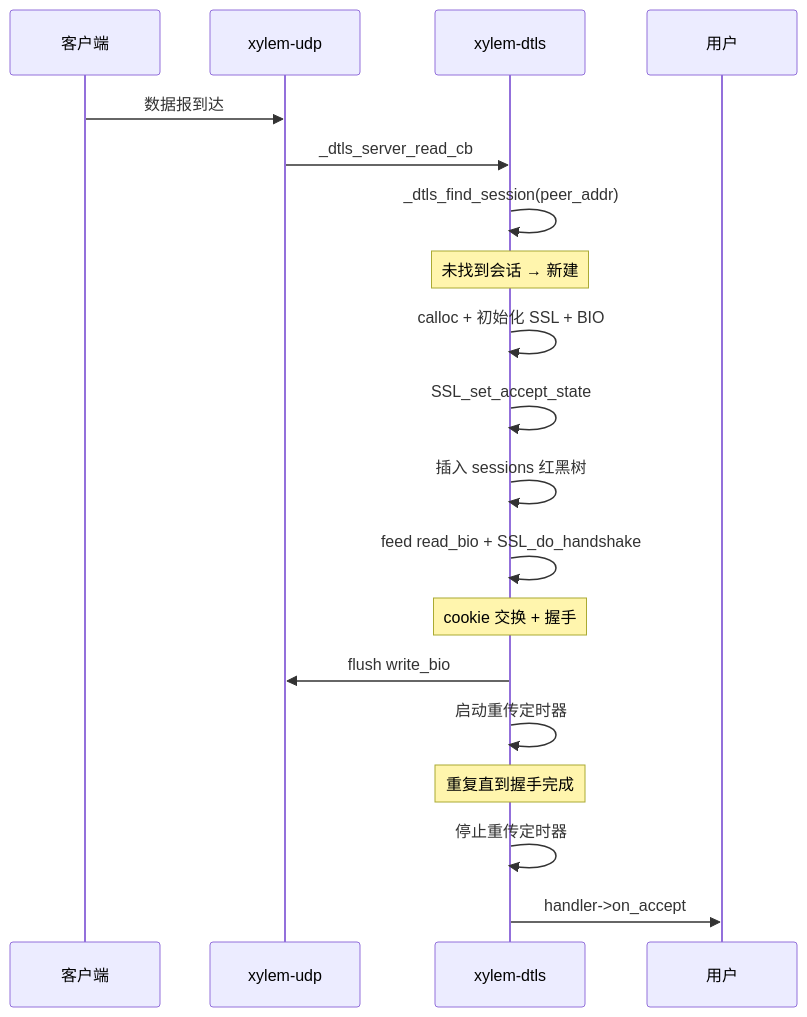
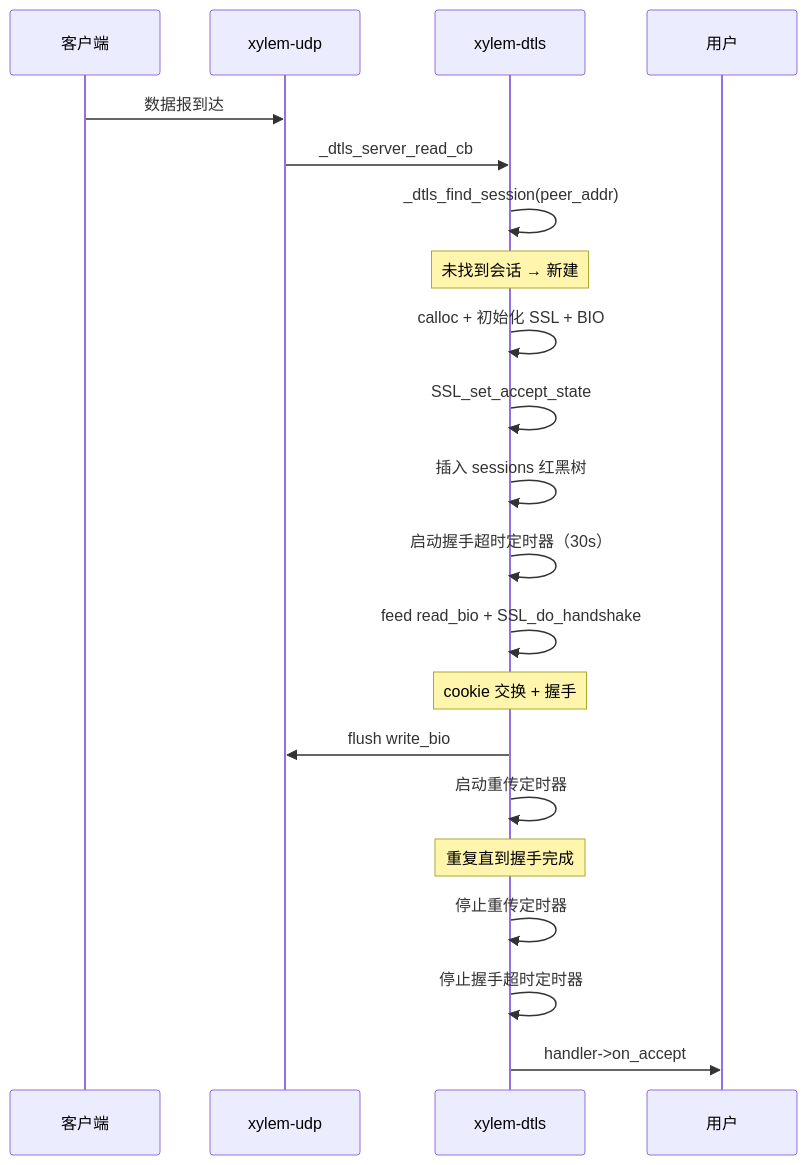
One commit to MeristemForge/Xylem changed the third of 6 diagrams in docs/dtls-design.md. Above: the diagram before and after it, drawn with Mermaid. The commit also changed other lines of this file and 2 other files, not shown here.

````diff
--- a/docs/dtls-design.md
+++ b/docs/dtls-design.md
@@ -161,22 +162,24 @@
 ```mermaid
 sequenceDiagram
     participant Client as 客户端
     participant UDP as xylem-udp
     participant DTLS as xylem-dtls
     participant User as 用户
 
     Client->>UDP: 数据报到达
     UDP->>DTLS: _dtls_server_read_cb
     DTLS->>DTLS: _dtls_find_session(peer_addr)
     Note over DTLS: 未找到会话 → 新建
     DTLS->>DTLS: calloc + 初始化 SSL + BIO
     DTLS->>DTLS: SSL_set_accept_state
     DTLS->>DTLS: 插入 sessions 红黑树
+    DTLS->>DTLS: 启动握手超时定时器（30s）
     DTLS->>DTLS: feed read_bio + SSL_do_handshake
     Note over DTLS: cookie 交换 + 握手
     DTLS->>UDP: flush write_bio
     DTLS->>DTLS: 启动重传定时器
     Note over DTLS: 重复直到握手完成
     DTLS->>DTLS: 停止重传定时器
+    DTLS->>DTLS: 停止握手超时定时器
     DTLS->>User: handler->on_accept
 ```
````
